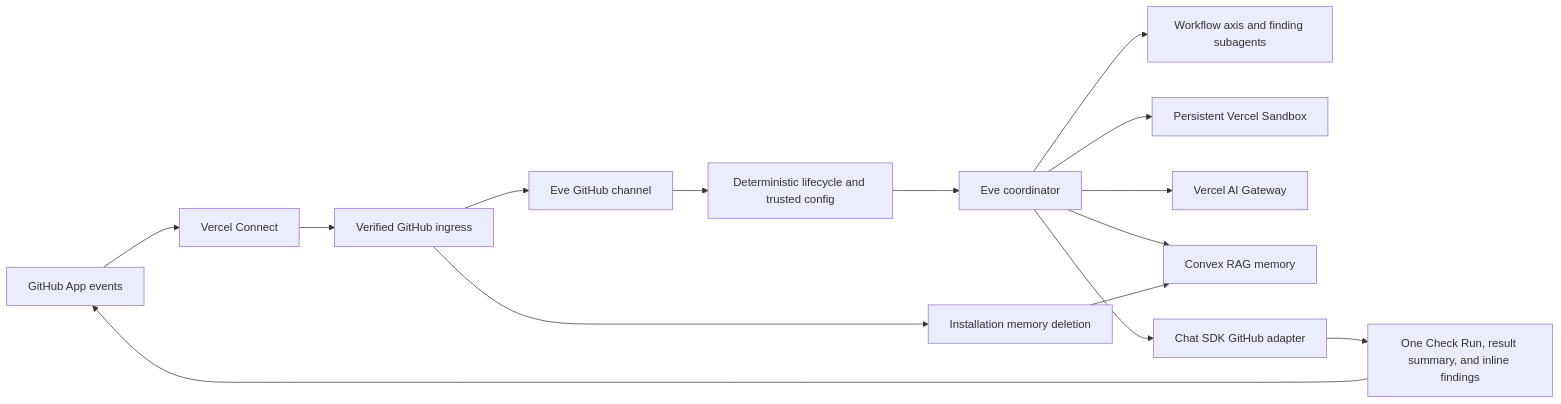
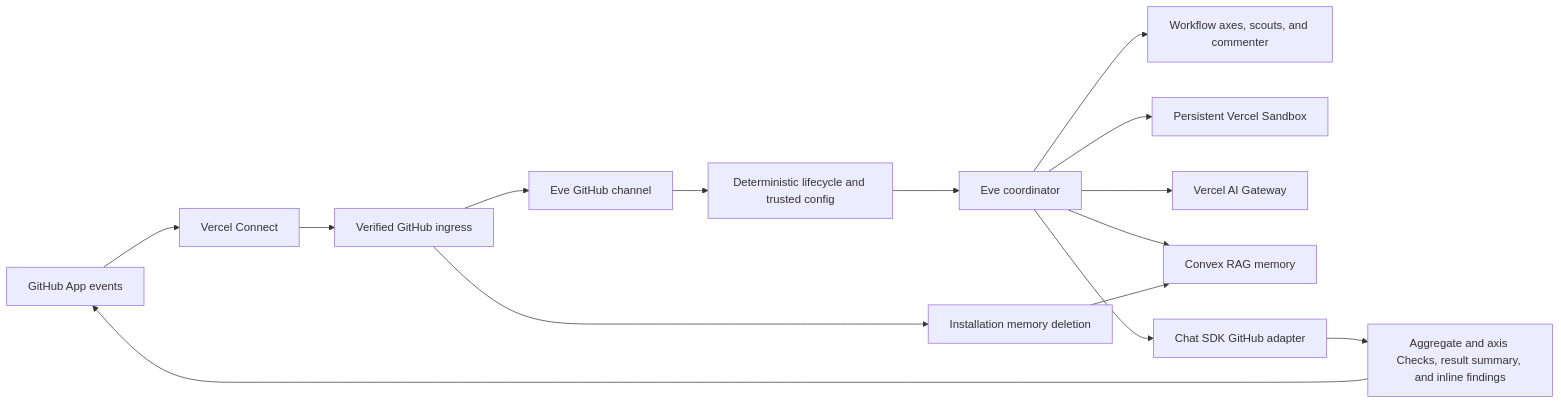
One commit to frostney/known-good-review changed the diagram in docs/architecture.md. Above: the diagram before and after it, drawn with Mermaid. The commit also changed other lines of this file and 34 other files, not shown here.

````diff
--- a/docs/architecture.md
+++ b/docs/architecture.md
@@ -5,17 +5,17 @@
 ```mermaid
 flowchart LR
   GH["GitHub App events"] --> VC["Vercel Connect"]
   VC --> GI["Verified GitHub ingress"]
   GI --> EC["Eve GitHub channel"]
   GI --> MD["Installation memory deletion"]
   EC --> LC["Deterministic lifecycle and trusted config"]
   LC --> ER["Eve coordinator"]
-  ER --> WF["Workflow axis and finding subagents"]
+  ER --> WF["Workflow axes, scouts, and commenter"]
   ER --> VS["Persistent Vercel Sandbox"]
   ER --> AG["Vercel AI Gateway"]
   ER --> CM["Convex RAG memory"]
   MD --> CM
   ER --> CS["Chat SDK GitHub adapter"]
-  CS --> CR["One Check Run, result summary, and inline findings"]
+  CS --> CR["Aggregate and axis Checks, result summary, and inline findings"]
   CR --> GH
 ```
````
